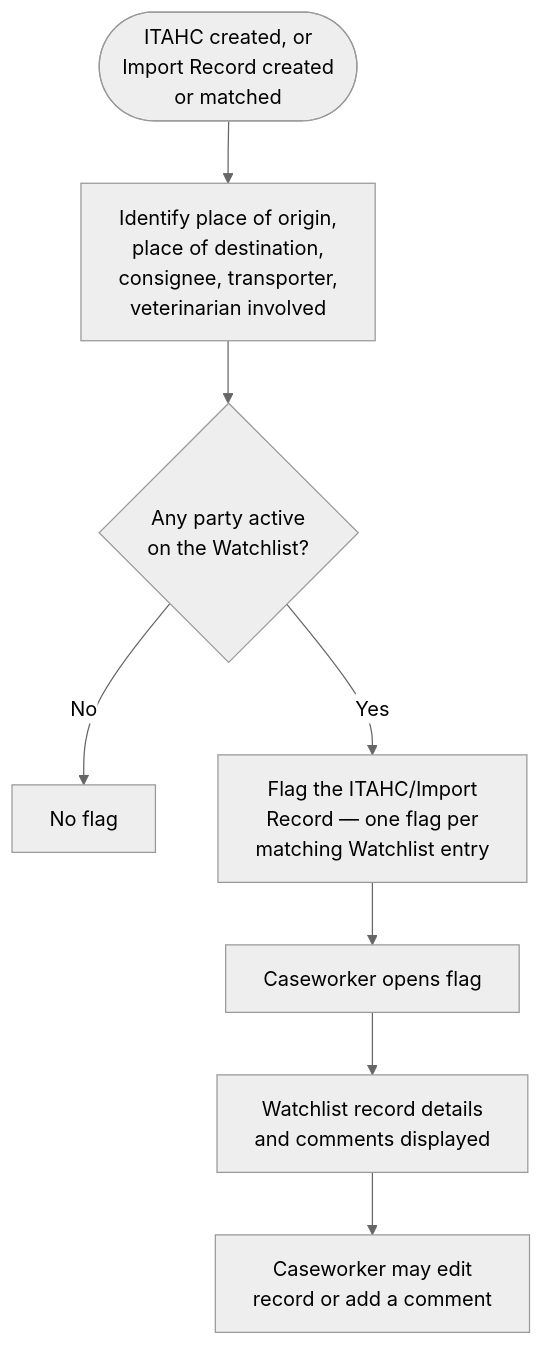
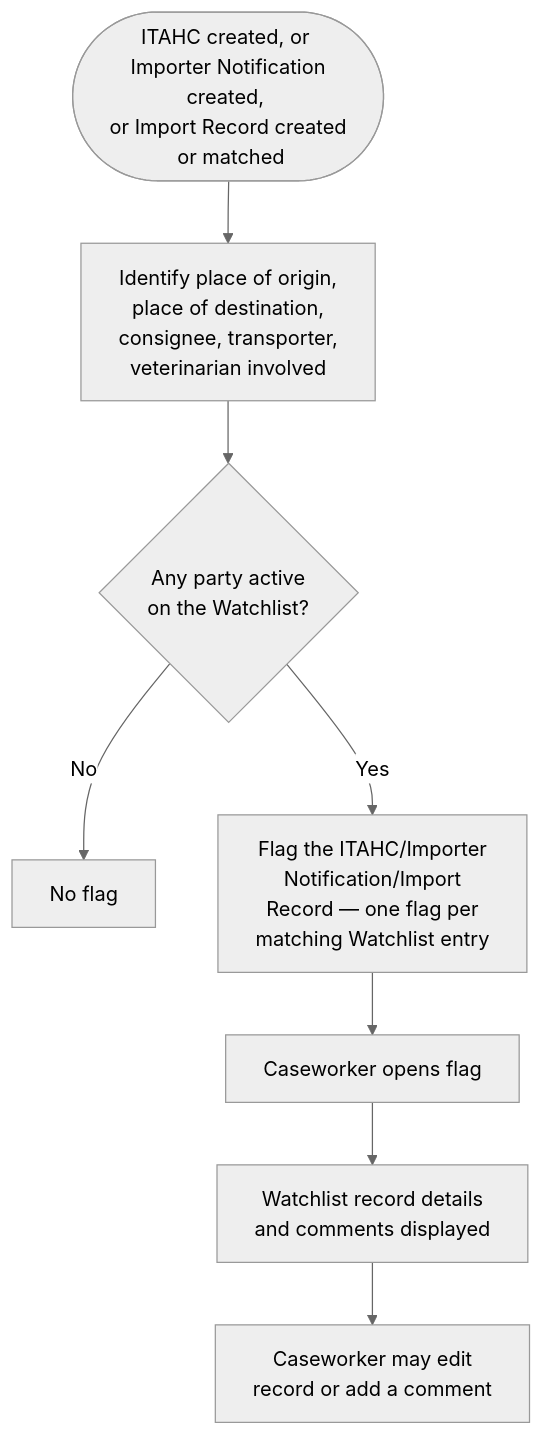
One commit to DEFRA/trade-imports-pims changed the fourth of 7 diagrams in docs/requirements/diagrams/process-flows.md. Above: the diagram before and after it, drawn with Mermaid (neutral theme). The commit also changed 17 other files, not shown here.

````diff
--- a/docs/requirements/diagrams/process-flows.md
+++ b/docs/requirements/diagrams/process-flows.md
@@ -83,10 +83,10 @@
 ```mermaid
 flowchart TD
-    A([ITAHC created, or <br/> Import Record created <br/> or matched]) --> B[Identify place of origin, <br/> place of destination, <br/> consignee, transporter, <br/> veterinarian involved]
+    A([ITAHC created, or <br/> Importer Notification created, <br/> or Import Record created <br/> or matched]) --> B[Identify place of origin, <br/> place of destination, <br/> consignee, transporter, <br/> veterinarian involved]
     B --> C{Any party active <br/> on the Watchlist?}
     C -->|No| D[No flag]
-    C -->|Yes| E[Flag the ITAHC/Import <br/> Record — one flag per <br/> matching Watchlist entry]
+    C -->|Yes| E[Flag the ITAHC/Importer <br/> Notification/Import <br/> Record — one flag per <br/> matching Watchlist entry]
     E --> F[Caseworker opens flag]
     F --> G[Watchlist record details <br/> and comments displayed]
     G --> H[Caseworker may edit <br/> record or add a comment]
 ```
````
